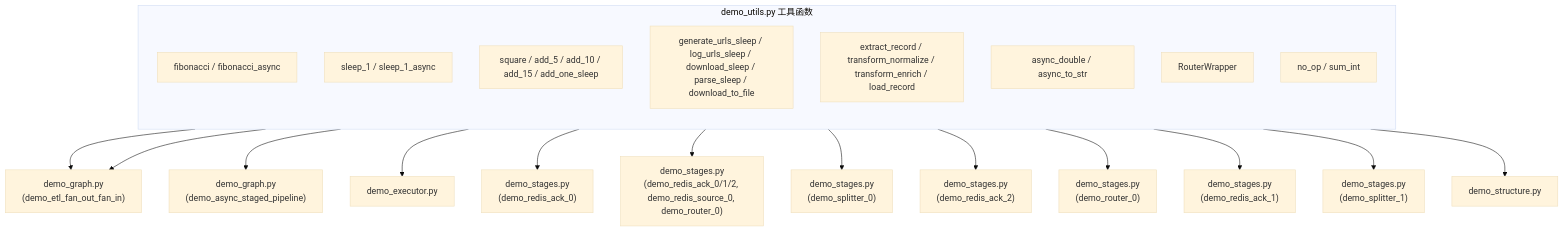
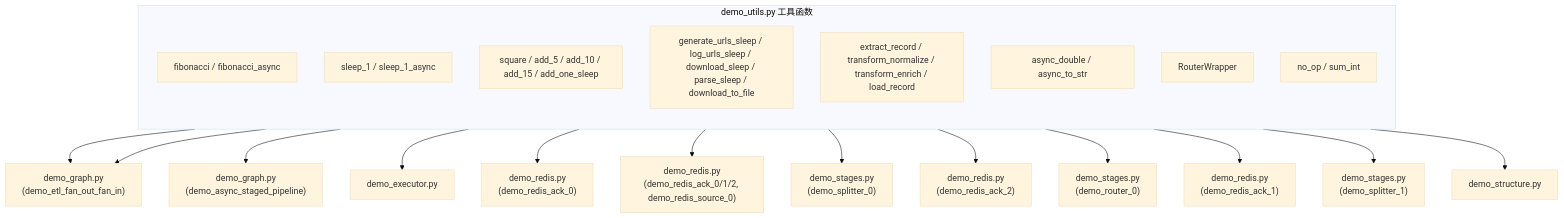
Before and after one commit to Mr-xiaotian/CelestialFlow: the diagram in docs/zh-CN/demo/demo_utils.md, drawn with Mermaid (base theme). The commit also changed other lines of this file and 5 other files, not shown here.

Commit message:
[Chore](docs) update, and add demo_redis.md

````diff
--- a/docs/zh-CN/demo/demo_utils.md
+++ b/docs/zh-CN/demo/demo_utils.md
@@ -13,27 +13,27 @@
 ```mermaid
 flowchart TD
     subgraph Utils["demo_utils.py 工具函数"]
         direction TB
         Fib["fibonacci / fibonacci_async"]
         Sleep1["sleep_1 / sleep_1_async"]
         Compute["square / add_5 / add_10 / add_15 / add_one_sleep"]
         Url["generate_urls_sleep / log_urls_sleep / download_sleep / parse_sleep / download_to_file"]
         ETL["extract_record / transform_normalize / transform_enrich / load_record"]
         Async["async_double / async_to_str"]
         Router["RouterWrapper"]
         Misc["no_op / sum_int"]
     end
 
     ETL --> Graph["demo_graph.py<br/>(demo_etl_fan_out_fan_in)"]
     Async --> Graph
     Async --> GraphAsync["demo_graph.py<br/>(demo_async_staged_pipeline)"]
     Fib --> Executor["demo_executor.py"]
-    Fib --> StagesRedis0["demo_stages.py<br/>(demo_redis_ack_0)"]
-    Sleep1 --> StagesRedis["demo_stages.py<br/>(demo_redis_ack_0/1/2, demo_redis_source_0, demo_router_0)"]
+    Fib --> Redis0["demo_redis.py<br/>(demo_redis_ack_0)"]
+    Sleep1 --> RedisDemo["demo_redis.py<br/>(demo_redis_ack_0/1/2, demo_redis_source_0)"]
     Url --> StagesSplitter0["demo_stages.py<br/>(demo_splitter_0)"]
-    Url --> StagesRedis2["demo_stages.py<br/>(demo_redis_ack_2)"]
+    Url --> Redis2["demo_redis.py<br/>(demo_redis_ack_2)"]
     Router --> StagesRouter0["demo_stages.py<br/>(demo_router_0)"]
-    Misc --> StagesRedis1["demo_stages.py<br/>(demo_redis_ack_1)"]
+    Misc --> Redis1["demo_redis.py<br/>(demo_redis_ack_1)"]
     Misc --> StagesSplitter1["demo_stages.py<br/>(demo_splitter_1)"]
     Compute --> Structure["demo_structure.py"]
 ```
````
